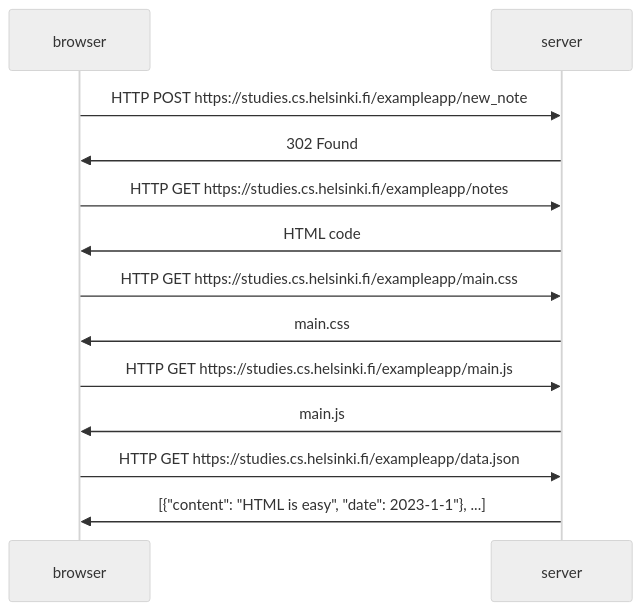
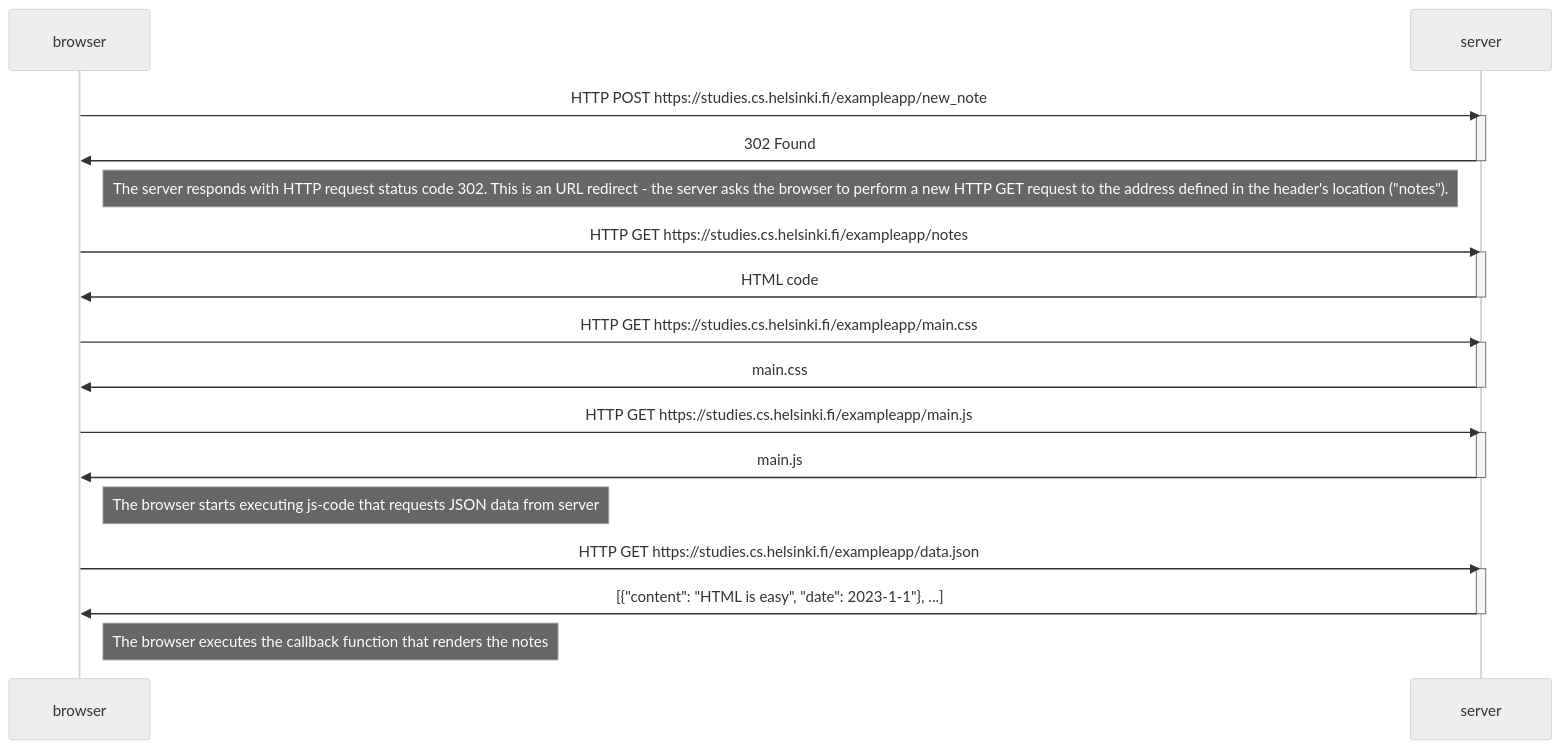
The diagram in 0.4_new_note.md (adomanico001/fsopen-p0), drawn with Mermaid (neutral theme) before and after one commit.

````diff
--- a/0.4_new_note.md
+++ b/0.4_new_note.md
@@ -1,15 +1,36 @@
 ```mermaid
 sequenceDiagram
 participant browser
 participant server
+
 browser->>server: HTTP POST https://studies.cs.helsinki.fi/exampleapp/new_note
+activate server
 server->>browser: 302 Found
+deactivate server
+
+Note right of browser: The server responds with HTTP request status code 302. This is an URL redirect - the server asks the browser to perform a new HTTP GET request to the address defined in the header's location ("notes").
+
 browser->>server: HTTP GET https://studies.cs.helsinki.fi/exampleapp/notes
+activate server
 server->>browser: HTML code
+deactivate server
+
 browser->>server: HTTP GET https://studies.cs.helsinki.fi/exampleapp/main.css
+activate server
 server->>browser: main.css
+deactivate server
+
 browser->>server: HTTP GET https://studies.cs.helsinki.fi/exampleapp/main.js
+activate server
 server->>browser: main.js
+deactivate server
+
+Note right of browser: The browser starts executing js-code that requests JSON data from server
+
 browser->>server: HTTP GET https://studies.cs.helsinki.fi/exampleapp/data.json
+activate server
 server->>browser: [{"content": "HTML is easy", "date": 2023-1-1"}, ...]
+deactivate server
+
+Note right of browser: The browser executes the callback function that renders the notes
 ```
````
